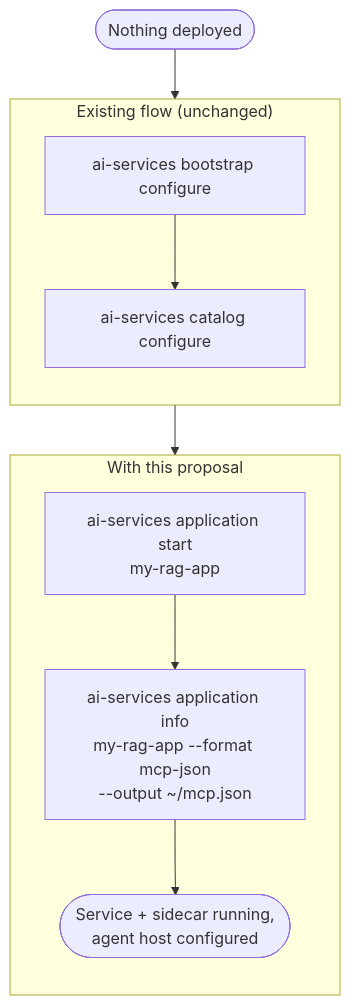
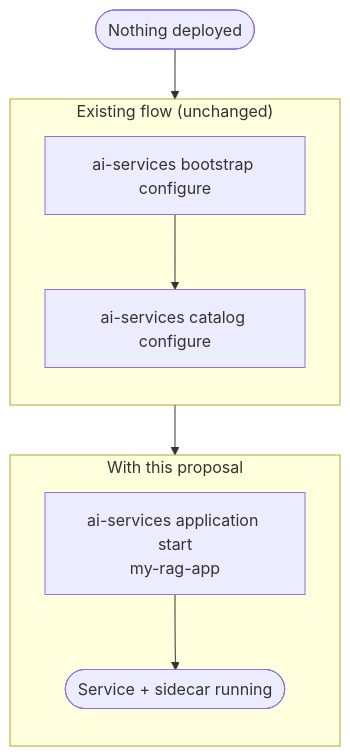
The sixth of 7 diagrams in docs/proposals/mcp-sidecar-proposal.md (IBM/project-ai-services), drawn with Mermaid before and after one commit. The commit also changed other lines of this file, not shown here.

````diff
--- a/docs/proposals/mcp-sidecar-proposal.md
+++ b/docs/proposals/mcp-sidecar-proposal.md
@@ -423,17 +402,17 @@
 ```mermaid
 flowchart TD
     Start(["Nothing deployed"])
 
     subgraph Existing["Existing flow (unchanged)"]
         direction TB
         B1["ai-services bootstrap configure"] --> B2["ai-services catalog configure"]
     end
 
     subgraph Flow["With this proposal"]
         direction TB
-        D1["ai-services application start<br/>my-rag-app"] --> D2["ai-services application info<br/>my-rag-app --format mcp-json<br/>--output ~/mcp.json"] --> D3(["Service + sidecar running,<br/>agent host configured"])
+        D1["ai-services application start<br/>my-rag-app"] --> D2(["Service + sidecar running"])
     end
 
     Start --> B1
     B2 --> D1
 ```
````
